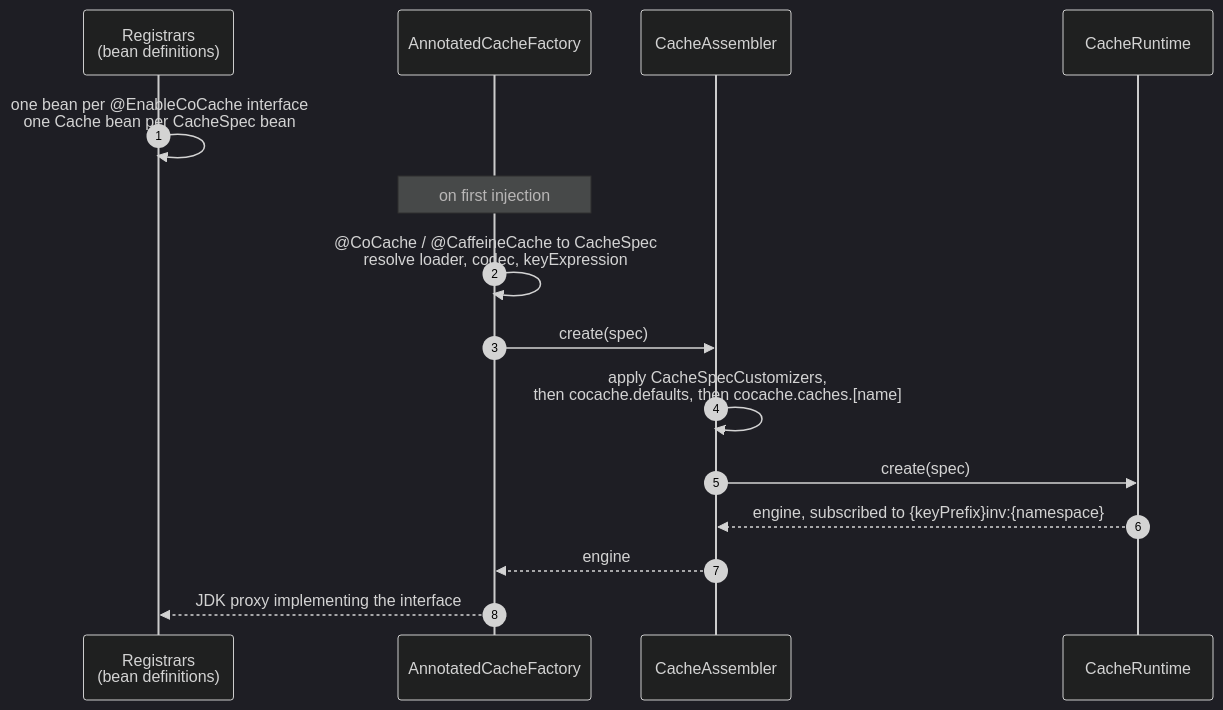
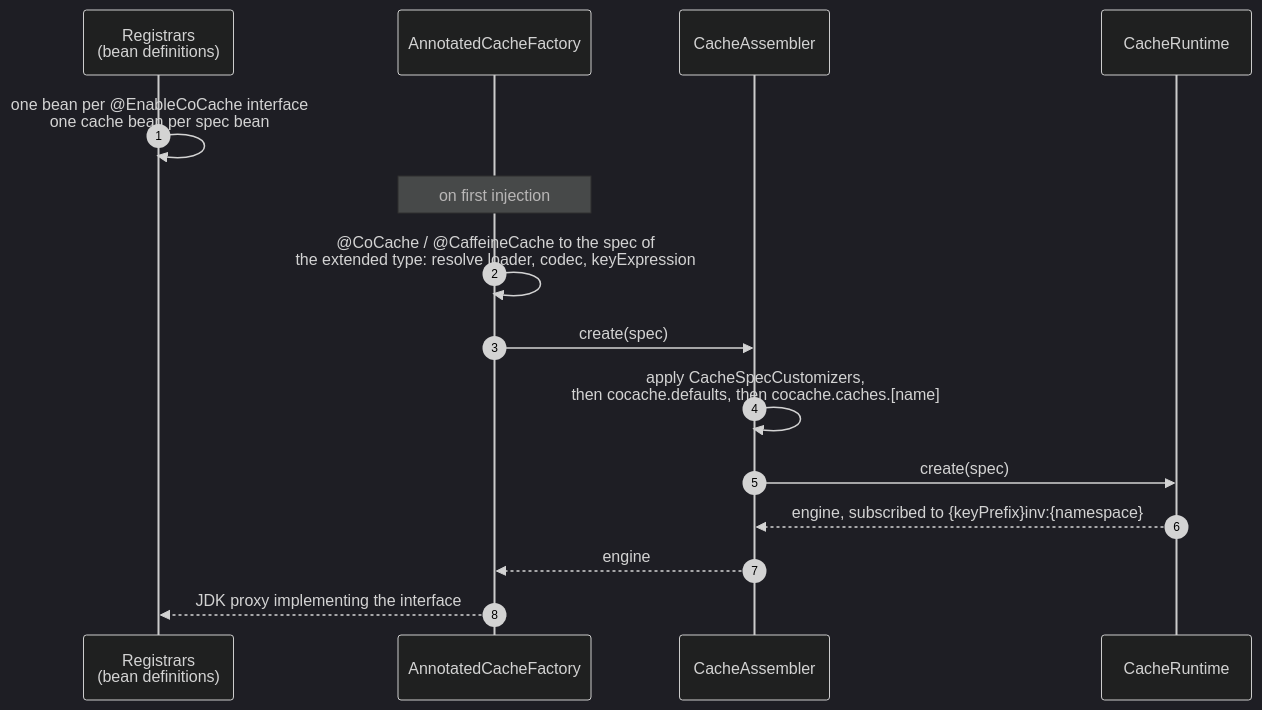
The second of 2 diagrams in wiki/architecture/index.md (Ahoo-Wang/CoCache), drawn with Mermaid (dark theme) before and after one commit. The commit also changed other lines of this file and 240 other files, not shown here.

````diff
--- a/wiki/architecture/index.md
+++ b/wiki/architecture/index.md
@@ -97,17 +97,17 @@
 ```mermaid
 sequenceDiagram
     autonumber
     participant Reg as Registrars<br>(bean definitions)
     participant Fac as AnnotatedCacheFactory
     participant Asm as CacheAssembler
     participant RT as CacheRuntime
-    Reg->>Reg: one bean per @EnableCoCache interface<br>one Cache bean per CacheSpec bean
+    Reg->>Reg: one bean per @EnableCoCache interface<br>one cache bean per spec bean
     Note over Fac: on first injection
-    Fac->>Fac: @CoCache / @CaffeineCache to CacheSpec<br>resolve loader, codec, keyExpression
+    Fac->>Fac: @CoCache / @CaffeineCache to the spec of<br>the extended type: resolve loader, codec, keyExpression
     Fac->>Asm: create(spec)
     Asm->>Asm: apply CacheSpecCustomizers,<br>then cocache.defaults, then cocache.caches.[name]
     Asm->>RT: create(spec)
     RT-->>Asm: engine, subscribed to {keyPrefix}inv:{namespace}
     Asm-->>Fac: engine
     Fac-->>Reg: JDK proxy implementing the interface
 ```
````
